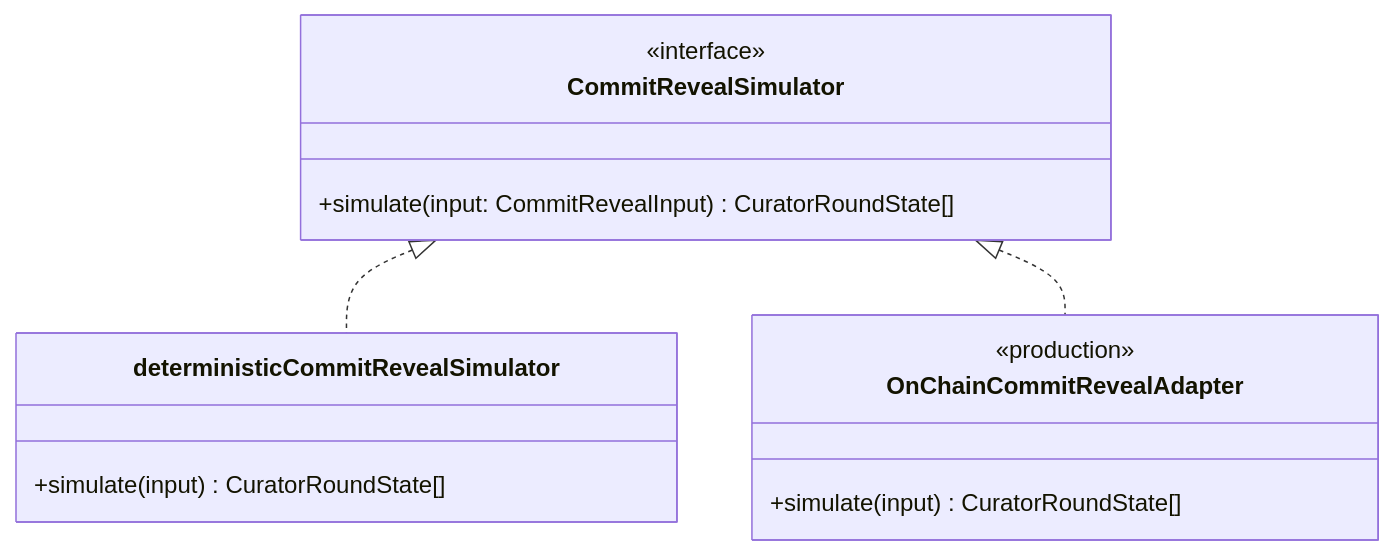
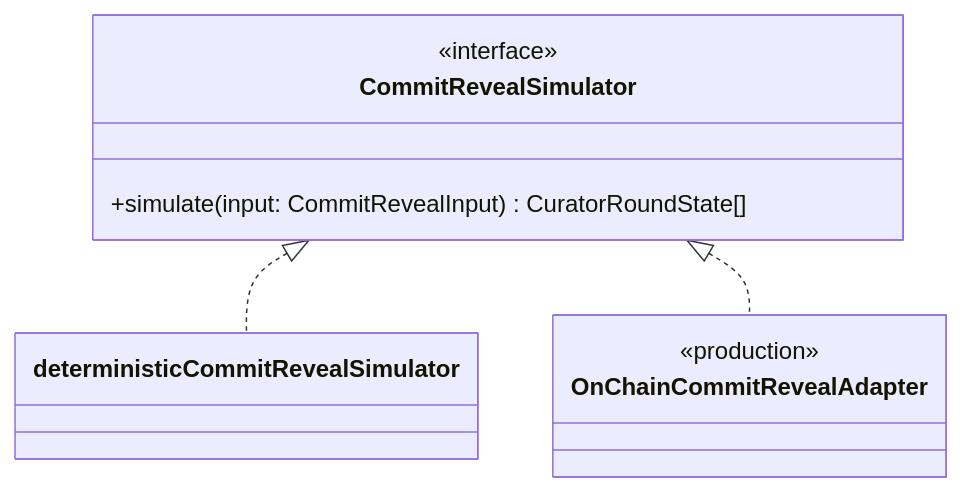
One commit to 0xferit/manuscript-decentralized-curation changed the fifth of 5 diagrams in projects/rpgf/prototype/ARCHITECTURE.md. Above: the diagram before and after it, drawn with Mermaid. The commit also changed other lines of this file, not shown here.

Commit message:
docs(rpgf): refresh ARCHITECTURE.md to reflect 7-module layout

````diff
--- a/projects/rpgf/prototype/ARCHITECTURE.md
+++ b/projects/rpgf/prototype/ARCHITECTURE.md
@@ -276,16 +290,13 @@
 ```mermaid
 classDiagram
   class CommitRevealSimulator {
     <<interface>>
     +simulate(input: CommitRevealInput) CuratorRoundState[]
   }
-  class deterministicCommitRevealSimulator {
-    +simulate(input) CuratorRoundState[]
-  }
+  class deterministicCommitRevealSimulator
   class OnChainCommitRevealAdapter {
     <<production>>
-    +simulate(input) CuratorRoundState[]
   }
   CommitRevealSimulator <|.. deterministicCommitRevealSimulator
   CommitRevealSimulator <|.. OnChainCommitRevealAdapter
 ```
````
